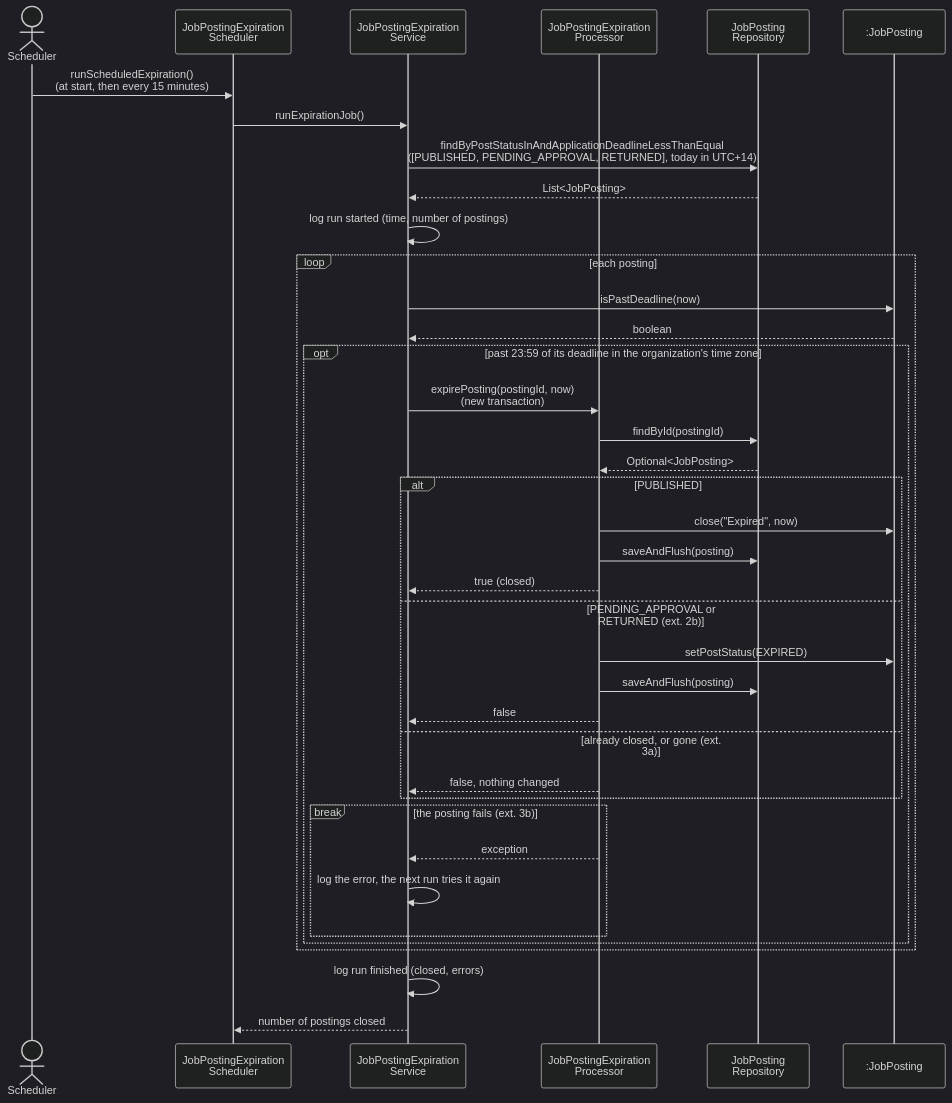
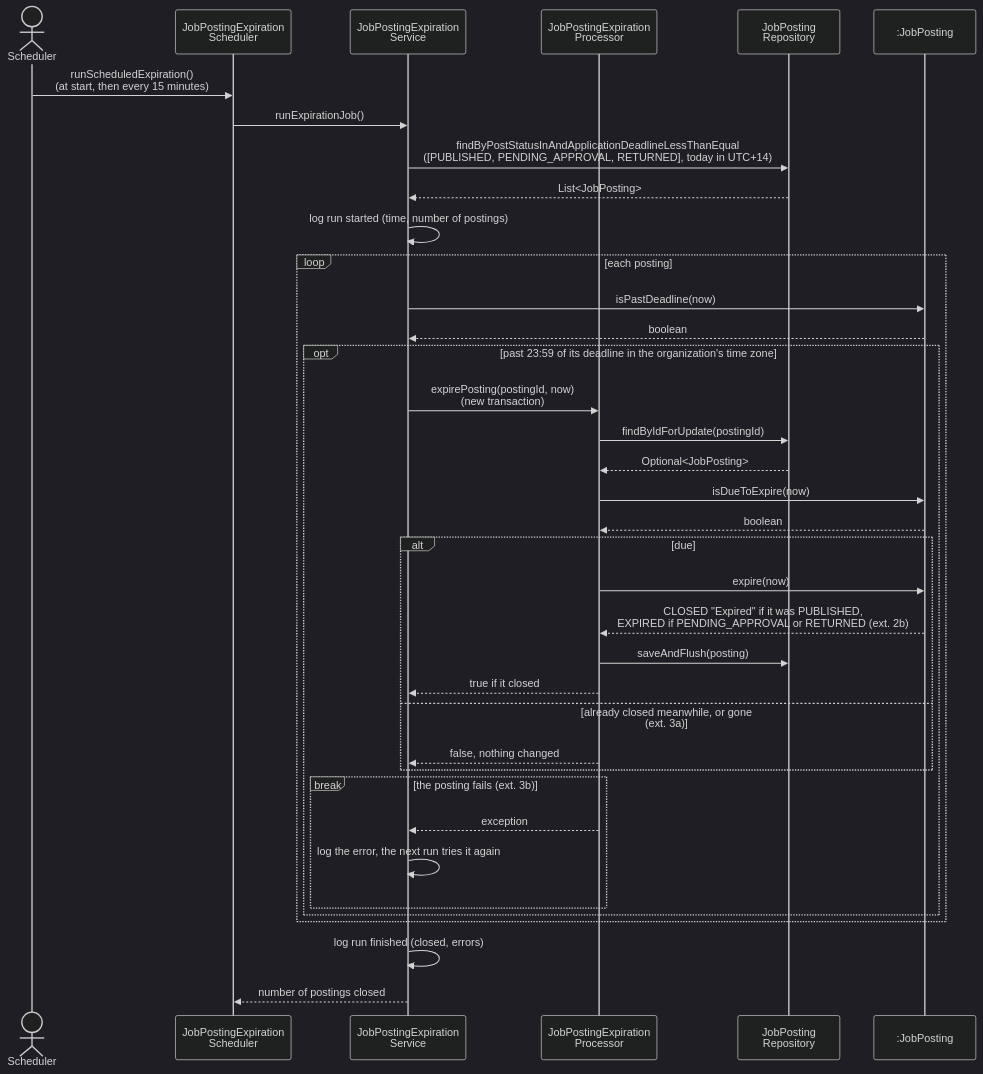
One commit to berdyshevol/careerbridge-csi5324 changed diagram 15 of 17 in spec/design.md. Above: the diagram before and after it, drawn with Mermaid (dark theme). The commit also changed other lines of this file and 47 other files, not shown here.

````diff
--- a/spec/design.md
+++ b/spec/design.md
@@ -744,41 +748,40 @@
 ```mermaid
 sequenceDiagram
     actor S as Scheduler
     participant SC as JobPostingExpiration<br/>Scheduler
     participant ES as JobPostingExpiration<br/>Service
     participant PR as JobPostingExpiration<br/>Processor
     participant JR as JobPosting<br/>Repository
     participant P as :JobPosting
 
     S->>SC: runScheduledExpiration()<br/>(at start, then every 15 minutes)
     SC->>ES: runExpirationJob()
     ES->>JR: findByPostStatusInAndApplicationDeadlineLessThanEqual<br/>([PUBLISHED, PENDING_APPROVAL, RETURNED], today in UTC+14)
     JR-->>ES: List<JobPosting>
     ES->>ES: log run started (time, number of postings)
     loop each posting
         ES->>P: isPastDeadline(now)
         P-->>ES: boolean
         opt past 23:59 of its deadline in the organization's time zone
             ES->>PR: expirePosting(postingId, now)<br/>(new transaction)
-            PR->>JR: findById(postingId)
+            PR->>JR: findByIdForUpdate(postingId)
             JR-->>PR: Optional<JobPosting>
-            alt PUBLISHED
-                PR->>P: close("Expired", now)
+            PR->>P: isDueToExpire(now)
+            P-->>PR: boolean
+            alt due
+                PR->>P: expire(now)
+                P-->>PR: CLOSED "Expired" if it was PUBLISHED,<br/>EXPIRED if PENDING_APPROVAL or RETURNED (ext. 2b)
                 PR->>JR: saveAndFlush(posting)
-                PR-->>ES: true (closed)
-            else PENDING_APPROVAL or RETURNED (ext. 2b)
-                PR->>P: setPostStatus(EXPIRED)
-                PR->>JR: saveAndFlush(posting)
-                PR-->>ES: false
-            else already closed, or gone (ext. 3a)
+                PR-->>ES: true if it closed
+            else already closed meanwhile, or gone (ext. 3a)
                 PR-->>ES: false, nothing changed
             end
             break the posting fails (ext. 3b)
                 PR-->>ES: exception
                 ES->>ES: log the error, the next run tries it again
             end
         end
     end
     ES->>ES: log run finished (closed, errors)
     ES-->>SC: number of postings closed
 ```
````
